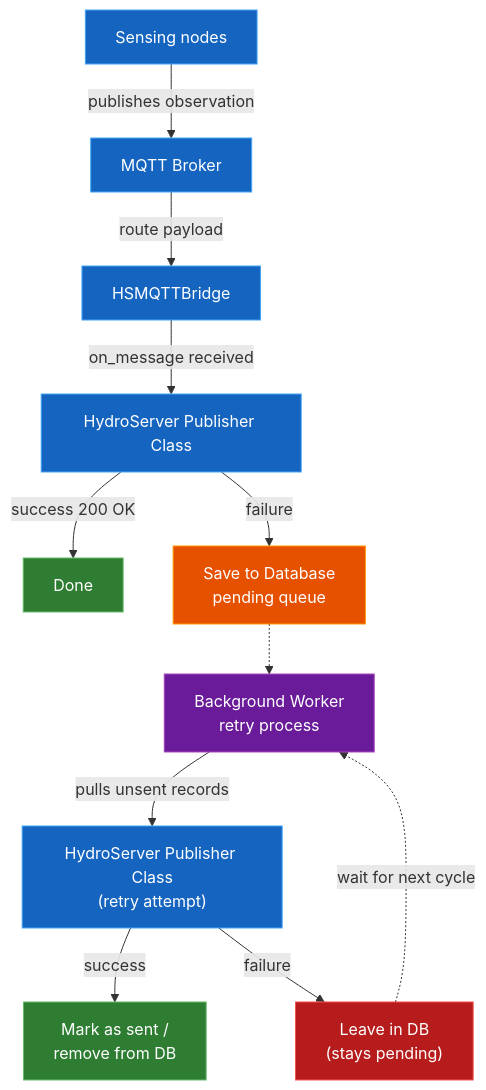
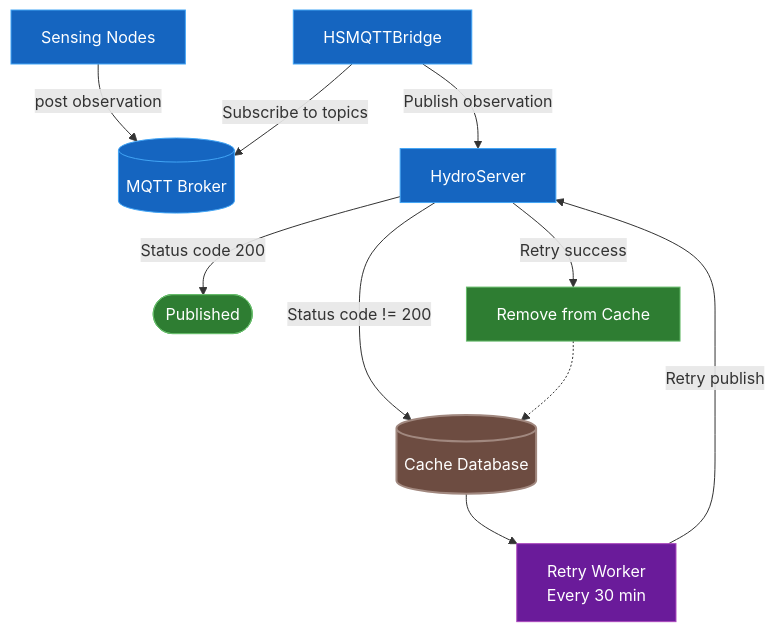
Before and after one commit to S-Panta/HSMQTTBridge: the diagram in docs/flowchart.md, drawn with Mermaid.

````diff
--- a/docs/flowchart.md
+++ b/docs/flowchart.md
@@ -1,25 +1,33 @@
 ```mermaid
-flowchart TB
-    X["Sensing nodes"] -- publishes observation --> A["MQTT Broker"]
-    A -- route payload --> B["HSMQTTBridge"]
-    B -- on_message received --> C["HydroServer Publisher Class"]
-    C -- success 200 OK --> D["Done"]
-    C -- failure --> E["Save to Database<br>pending queue"]
+flowchart TD
+    SENS["Sensing Nodes"]
+    MQTT[("MQTT Broker")]
+    BRIDGE["HSMQTTBridge"]
+    HYDRO["HydroServer"]
+    DB[("Cache Database")]
+    WORKER["Retry Worker<br/>Every 30 min"]
 
-    E -.-> F["Background Worker<br>retry process"]
-    F -- pulls unsent records --> C2["HydroServer Publisher Class<br>(retry attempt)"]
-    C2 -- success --> G["Mark as sent /<br>remove from DB"]
-    C2 -- failure --> H["Leave in DB<br>(stays pending)"]
-    H -. wait for next cycle .-> F
+    SENS -->|post observation| MQTT
+    BRIDGE -->|Subscribe to topics| MQTT
+    BRIDGE -->|Publish observation| HYDRO
 
-    style A fill:#1565C0,stroke:#42A5F5,color:#FFFFFF
-    style B fill:#1565C0,stroke:#42A5F5,color:#FFFFFF
-    style C fill:#1565C0,stroke:#42A5F5,color:#FFFFFF
-    style C2 fill:#1565C0,stroke:#42A5F5,color:#FFFFFF
-    style D fill:#2E7D32,stroke:#66BB6A,color:#FFFFFF
-    style E fill:#E65100,stroke:#FF9800,color:#FFFFFF
-    style F fill:#6A1B9A,stroke:#AB47BC,color:#FFFFFF
-    style G fill:#2E7D32,stroke:#66BB6A,color:#FFFFFF
-    style H fill:#B71C1C,stroke:#EF5350,color:#FFFFFF
-    style X fill:#1565C0,stroke:#42A5F5,color:#FFFFFF
+    HYDRO -->|Status code 200| DONE([Published])
+    HYDRO -->|Status code != 200| DB
+
+    DB -->WORKER
+    WORKER -->|Retry publish| HYDRO
+
+    HYDRO -->|Retry success| COMPLETE["Remove from Cache"]
+    COMPLETE -.-> DB
+
+    style SENS fill:#1565C0,stroke:#42A5F5,color:#FFFFFF
+    style MQTT fill:#1565C0,stroke:#42A5F5,color:#FFFFFF
+    style BRIDGE fill:#1565C0,stroke:#42A5F5,color:#FFFFFF
+    style HYDRO fill:#1565C0,stroke:#42A5F5,color:#FFFFFF
+
+    style DB fill:#6D4C41,stroke:#A1887F,color:#FFFFFF,stroke-width:2px
+    style WORKER fill:#6A1B9A,stroke:#AB47BC,color:#FFFFFF
+
+    style DONE fill:#2E7D32,stroke:#66BB6A,color:#FFFFFF
+    style COMPLETE fill:#2E7D32,stroke:#66BB6A,color:#FFFFFF
 ```
````
